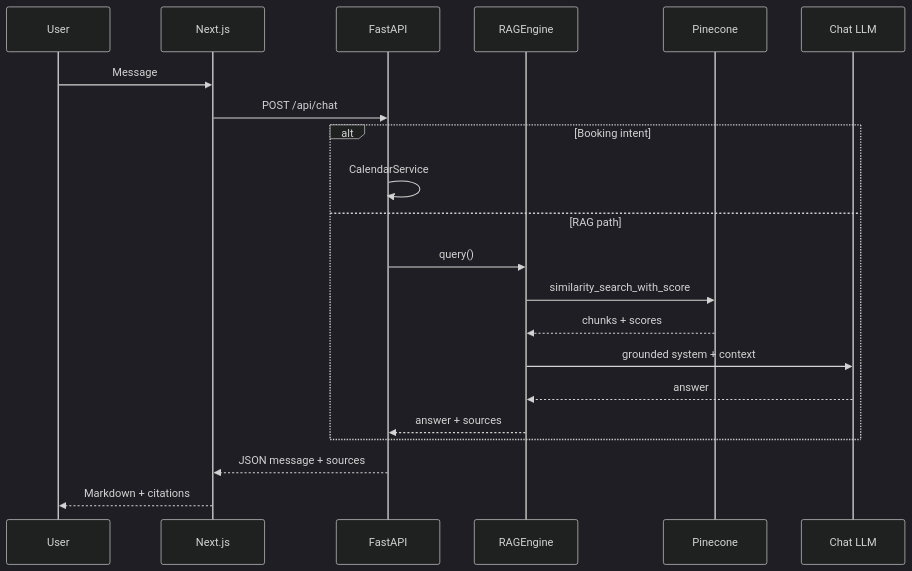
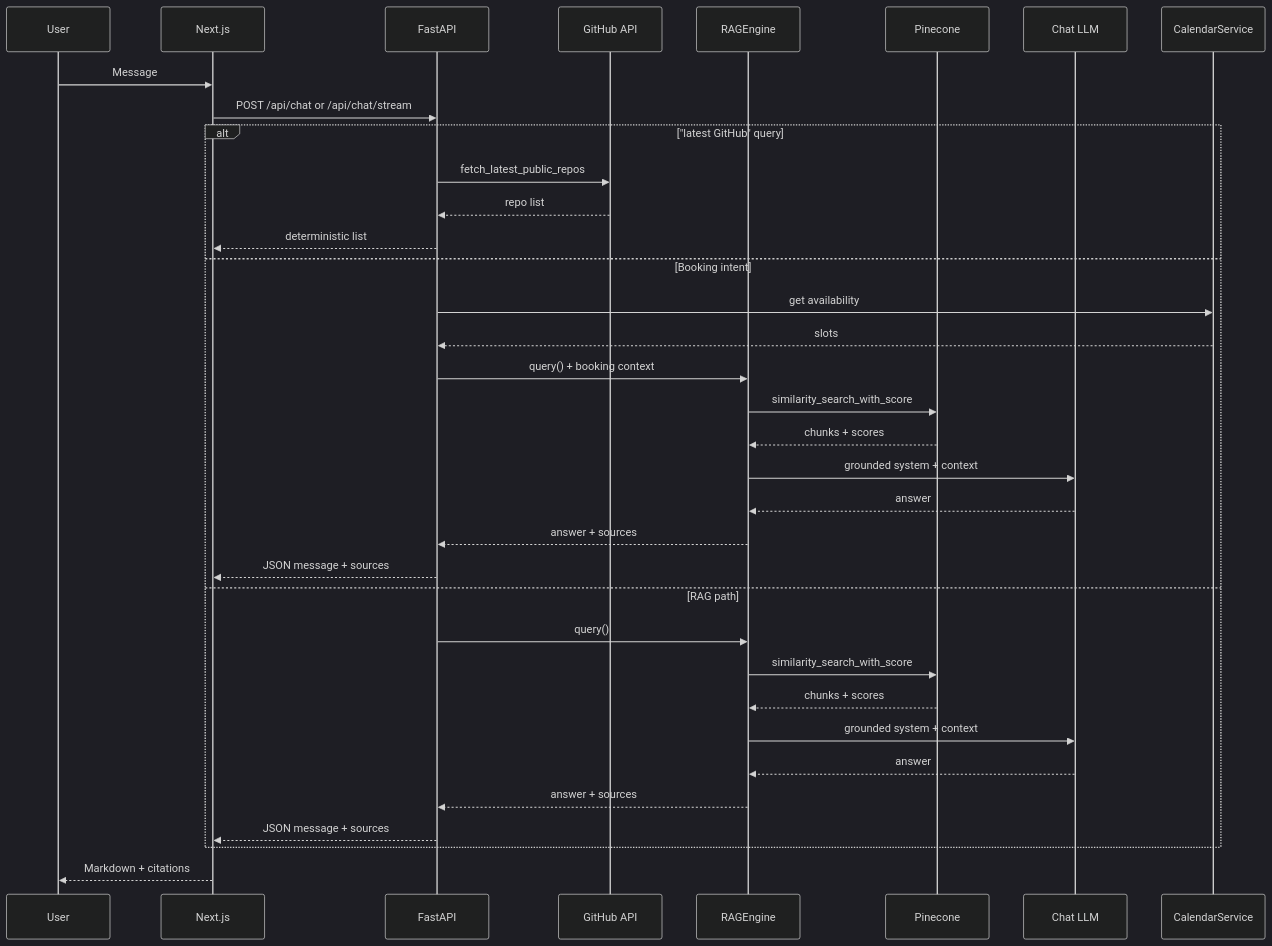
Before and after one commit to SarthakPaandey/Persona: the second of 3 diagrams in docs/ARCHITECTURE.md, drawn with Mermaid (dark theme). The commit also changed other lines of this file, not shown here.

First line of the commit message:
Update architecture documentation

````diff
--- a/docs/ARCHITECTURE.md
+++ b/docs/ARCHITECTURE.md
@@ -71,23 +89,37 @@
 ```mermaid
 sequenceDiagram
     participant U as User
     participant FE as Next.js
     participant API as FastAPI
+    participant GH as GitHub API
     participant RAG as RAGEngine
     participant PC as Pinecone
     participant LLM as Chat LLM
+    participant CAL as CalendarService
     U->>FE: Message
-    FE->>API: POST /api/chat
-    alt Booking intent
-        API->>API: CalendarService
+    FE->>API: POST /api/chat or /api/chat/stream
+    alt "latest GitHub" query
+        API->>GH: fetch_latest_public_repos
+        GH-->>API: repo list
+        API-->>FE: deterministic list
+    else Booking intent
+        API->>CAL: get availability
+        CAL-->>API: slots
+        API->>RAG: query() + booking context
+        RAG->>PC: similarity_search_with_score
+        PC-->>RAG: chunks + scores
+        RAG->>LLM: grounded system + context
+        LLM-->>RAG: answer
+        RAG-->>API: answer + sources
+        API-->>FE: JSON message + sources
     else RAG path
         API->>RAG: query()
         RAG->>PC: similarity_search_with_score
         PC-->>RAG: chunks + scores
         RAG->>LLM: grounded system + context
         LLM-->>RAG: answer
         RAG-->>API: answer + sources
+        API-->>FE: JSON message + sources
     end
-    API-->>FE: JSON message + sources
     FE-->>U: Markdown + citations
 ```
````
